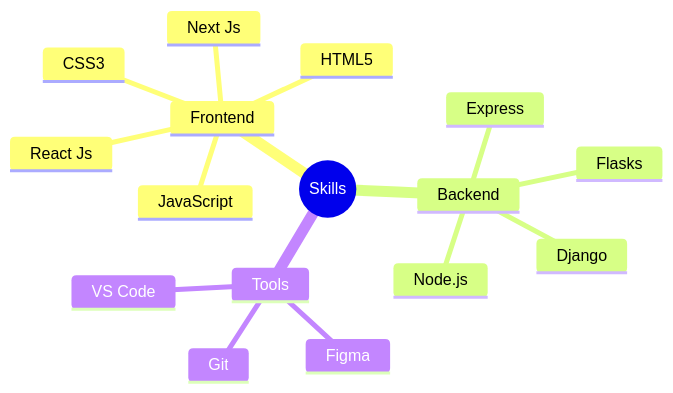
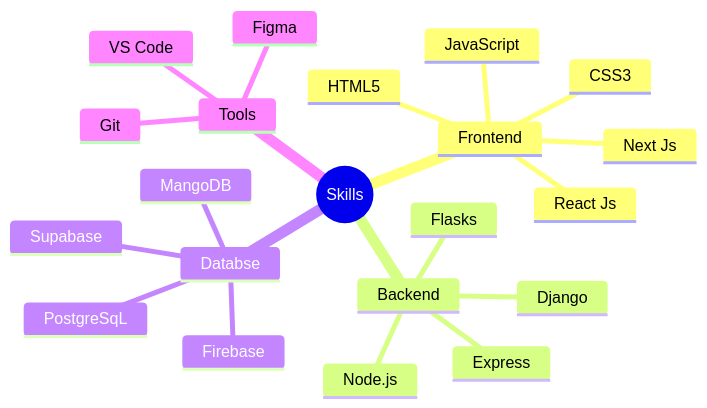
Before and after one commit to Justparthi/justparthi: the diagram in README.md, drawn with Mermaid.

````diff
--- a/README.md
+++ b/README.md
@@ -24,19 +24,24 @@
 ```mermaid
 mindmap
   root((Skills))
     Frontend
       HTML5
       CSS3
       JavaScript
       Next Js
       React Js
     Backend
       Node.js
       Express
       Django
       Flasks
+    Databse
+      PostgreSqL
+      Firebase
+      Supabase
+      MangoDB
     Tools
       Git
       VS Code
       Figma
 ```
````
